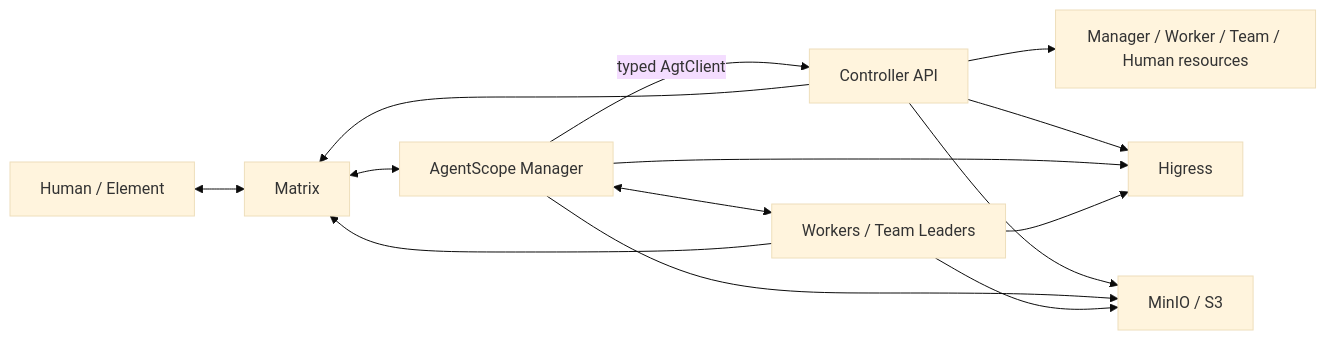
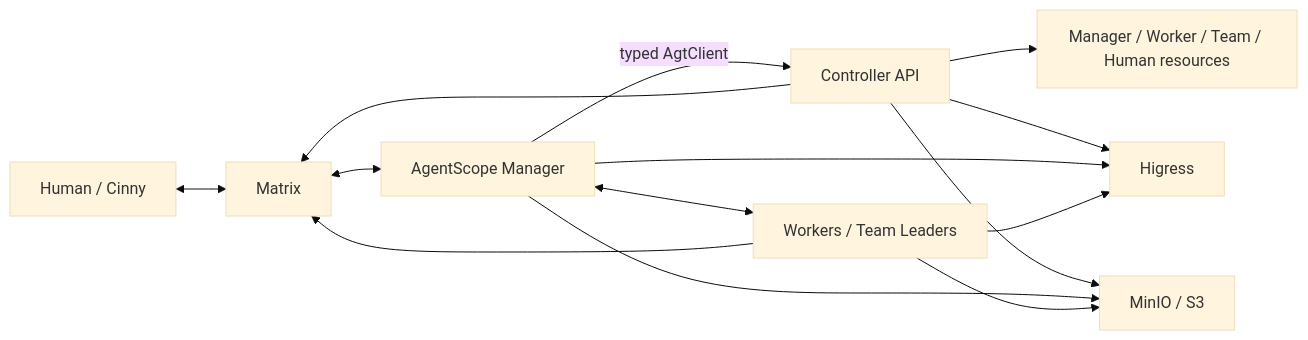
Before and after one commit to jesseedcp/AgentTeams: the diagram in docs/architecture.md, drawn with Mermaid (base theme). The commit also changed other lines of this file and 74 other files, not shown here.

First line of the commit message:
Make Cinny the only bundled Matrix client

````diff
--- a/docs/architecture.md
+++ b/docs/architecture.md
@@ -23,16 +23,16 @@
 ```mermaid
 flowchart LR
-  H["Human / Element"] <--> X["Matrix"]
+  H["Human / Cinny"] <--> X["Matrix"]
   X <--> M["AgentScope Manager"]
   M -->|"typed AgtClient"| C["Controller API"]
   C --> R["Manager / Worker / Team / Human resources"]
   C --> X
   C --> G["Higress"]
   C --> S["MinIO / S3"]
   M --> G
   M --> S
   M <--> W["Workers / Team Leaders"]
   W --> X
   W --> G
   W --> S
 ```
````
